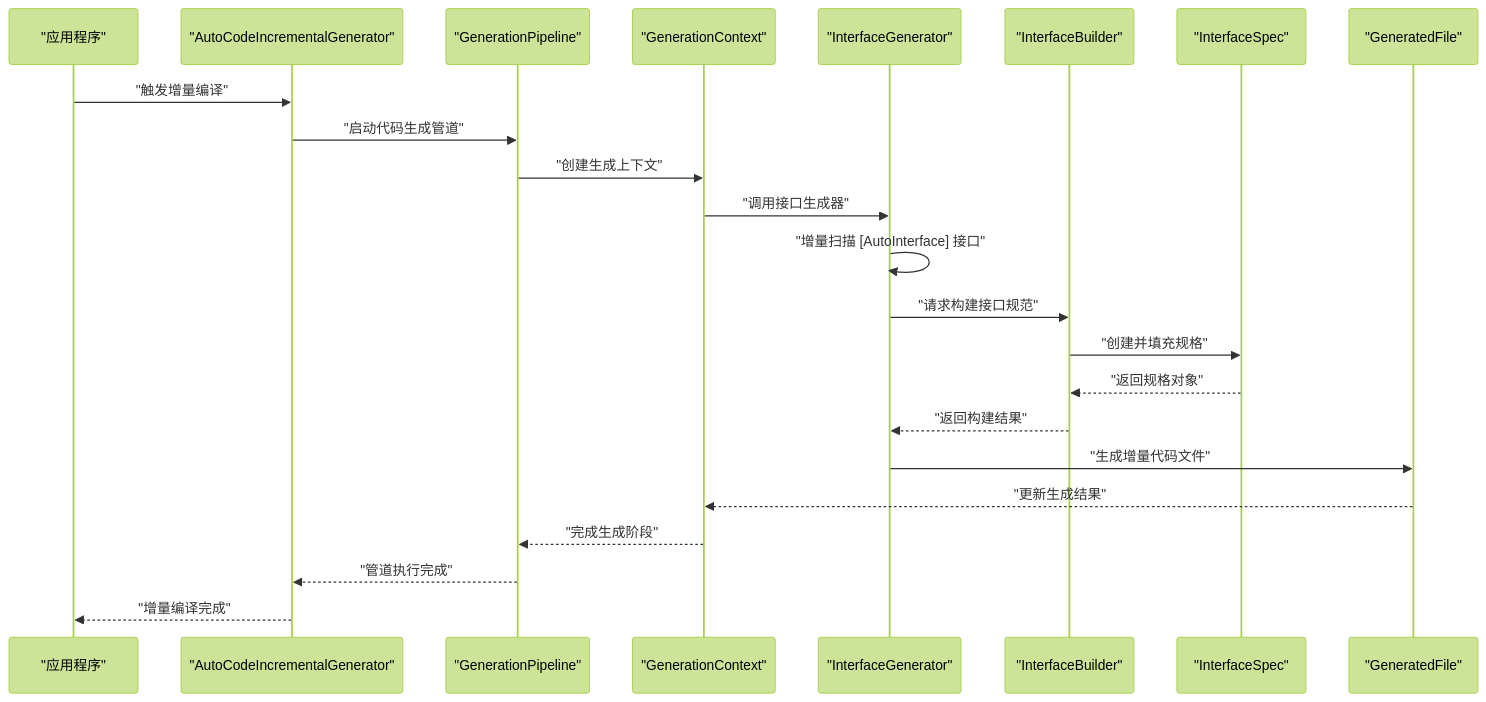
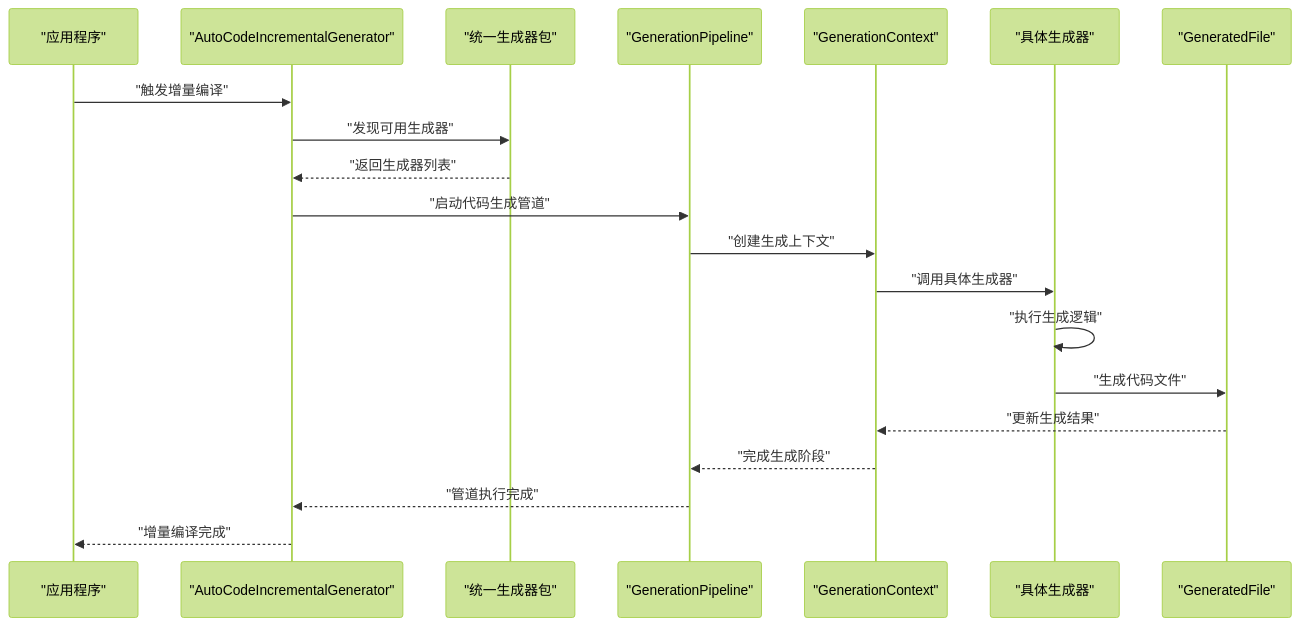
One commit to alivy/AutoCode changed the fourth of 7 diagrams in .qoder/repowiki/zh/content/源代码生成器/源代码生成器.md. Above: the diagram before and after it, drawn with Mermaid (forest theme). The commit also changed other lines of this file and 53 other files, not shown here.

````diff
--- a/.qoder/repowiki/zh/content/源代码生成器/源代码生成器.md
+++ b/.qoder/repowiki/zh/content/源代码生成器/源代码生成器.md
@@ -422,25 +330,22 @@
 ```mermaid
 sequenceDiagram
 participant App as "应用程序"
 participant IncGen as "AutoCodeIncrementalGenerator"
+participant UniGen as "统一生成器包"
 participant Pipe as "GenerationPipeline"
 participant Ctx as "GenerationContext"
-participant Gen as "InterfaceGenerator"
-participant Bld as "InterfaceBuilder"
-participant Spc as "InterfaceSpec"
+participant Gen as "具体生成器"
 participant Out as "GeneratedFile"
 App->>IncGen : "触发增量编译"
+IncGen->>UniGen : "发现可用生成器"
+UniGen-->>IncGen : "返回生成器列表"
 IncGen->>Pipe : "启动代码生成管道"
 Pipe->>Ctx : "创建生成上下文"
-Ctx->>Gen : "调用接口生成器"
-Gen->>Gen : "增量扫描 [AutoInterface] 接口"
-Gen->>Bld : "请求构建接口规范"
-Bld->>Spc : "创建并填充规格"
-Spc-->>Bld : "返回规格对象"
-Bld-->>Gen : "返回构建结果"
-Gen->>Out : "生成增量代码文件"
+Ctx->>Gen : "调用具体生成器"
+Gen->>Gen : "执行生成逻辑"
+Gen->>Out : "生成代码文件"
 Out-->>Ctx : "更新生成结果"
 Ctx-->>Pipe : "完成生成阶段"
 Pipe-->>IncGen : "管道执行完成"
 IncGen-->>App : "增量编译完成"
 ```
````
